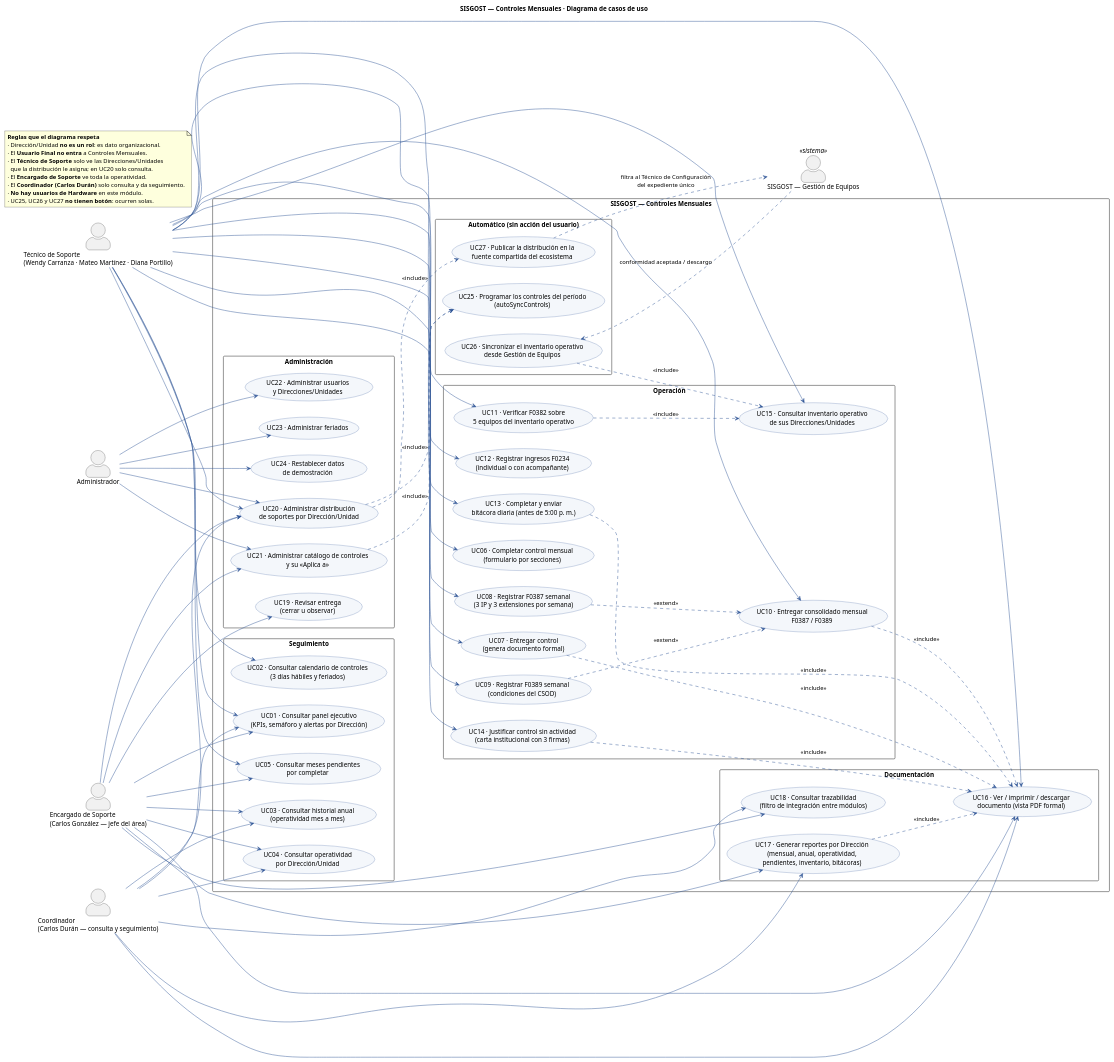
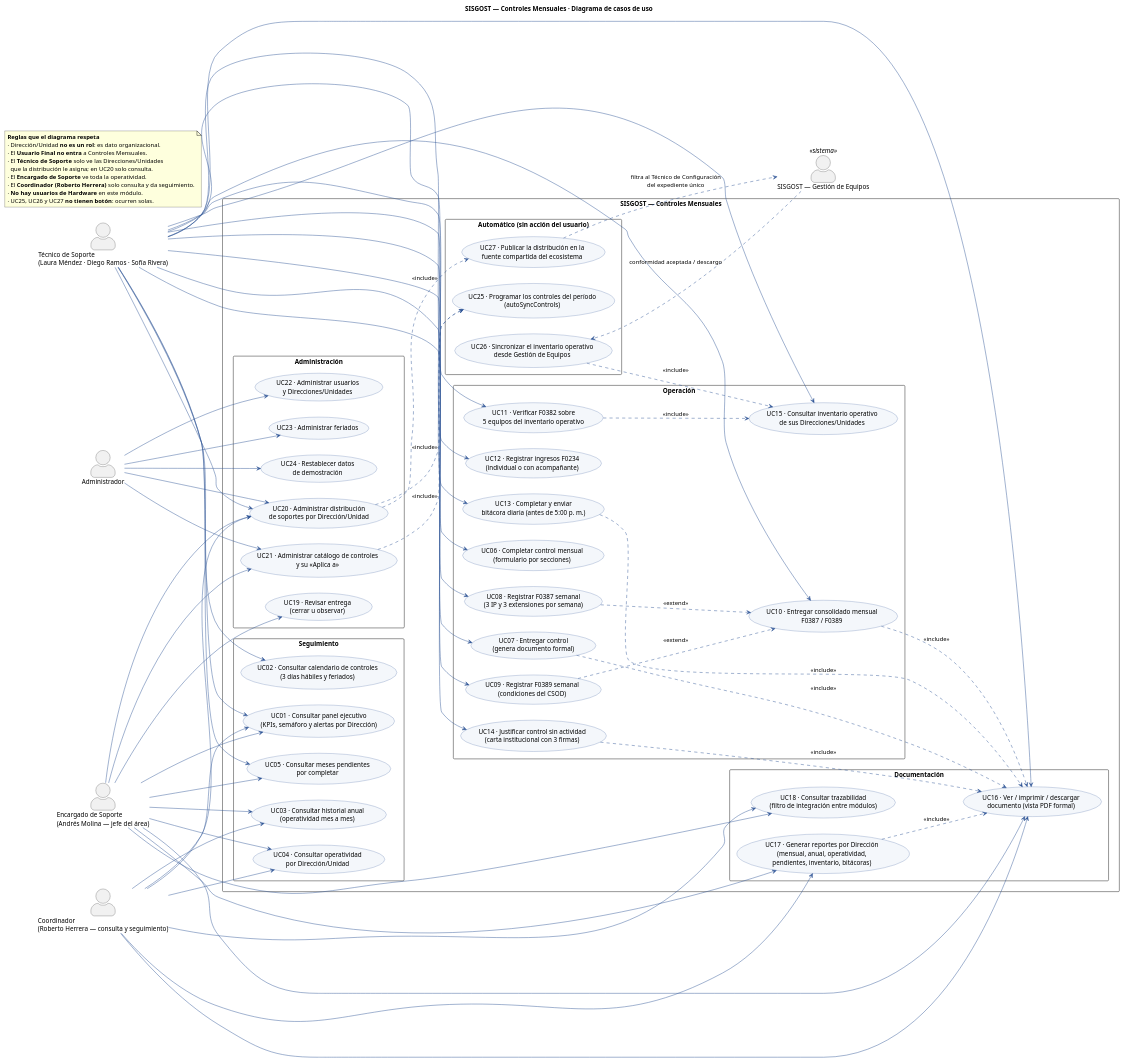
Before and after one commit to diego0399/sisgost-controles-mensuales: the diagram in docs/plantuml/casos-de-uso.puml, drawn with PlantUML. The commit also changed 46 other files, not shown here.

```diff
--- a/docs/plantuml/casos-de-uso.puml
+++ b/docs/plantuml/casos-de-uso.puml
@@ -1,134 +1,134 @@
 @startuml casos-de-uso
 title SISGOST — Controles Mensuales · Diagrama de casos de uso
 left to right direction
 skinparam actorStyle awesome
 skinparam shadowing false
 skinparam backgroundColor #FFFFFF
 skinparam usecase {
   BackgroundColor #F4F7FB
   BorderColor #2F5597
   ArrowColor #2F5597
 }
 skinparam packageStyle rectangle
 
 actor "Administrador" as ADM
-actor "Encargado de Soporte\n(Carlos González — jefe del área)" as ENC
-actor "Técnico de Soporte\n(Wendy Carranza · Mateo Martínez · Diana Portillo)" as TEC
-actor "Coordinador\n(Carlos Durán — consulta y seguimiento)" as COO
+actor "Encargado de Soporte\n(Andrés Molina — jefe del área)" as ENC
+actor "Técnico de Soporte\n(Laura Méndez · Diego Ramos · Sofía Rivera)" as TEC
+actor "Coordinador\n(Roberto Herrera — consulta y seguimiento)" as COO
 actor "SISGOST — Gestión de Equipos" as GE <<sistema>>
 
 rectangle "SISGOST — Controles Mensuales" {
 
   package "Seguimiento" {
     usecase "UC01 · Consultar panel ejecutivo\n(KPIs, semáforo y alertas por Dirección)" as UC01
     usecase "UC02 · Consultar calendario de controles\n(3 días hábiles y feriados)" as UC02
     usecase "UC03 · Consultar historial anual\n(operatividad mes a mes)" as UC03
     usecase "UC04 · Consultar operatividad\npor Dirección/Unidad" as UC04
     usecase "UC05 · Consultar meses pendientes\npor completar" as UC05
   }
 
   package "Operación" {
     usecase "UC06 · Completar control mensual\n(formulario por secciones)" as UC06
     usecase "UC07 · Entregar control\n(genera documento formal)" as UC07
     usecase "UC08 · Registrar F0387 semanal\n(3 IP y 3 extensiones por semana)" as UC08
     usecase "UC09 · Registrar F0389 semanal\n(condiciones del CSOD)" as UC09
     usecase "UC10 · Entregar consolidado mensual\nF0387 / F0389" as UC10
     usecase "UC11 · Verificar F0382 sobre\n5 equipos del inventario operativo" as UC11
     usecase "UC12 · Registrar ingresos F0234\n(individual o con acompañante)" as UC12
     usecase "UC13 · Completar y enviar\nbitácora diaria (antes de 5:00 p. m.)" as UC13
     usecase "UC14 · Justificar control sin actividad\n(carta institucional con 3 firmas)" as UC14
     usecase "UC15 · Consultar inventario operativo\nde sus Direcciones/Unidades" as UC15
   }
 
   package "Documentación" {
     usecase "UC16 · Ver / imprimir / descargar\ndocumento (vista PDF formal)" as UC16
     usecase "UC17 · Generar reportes por Dirección\n(mensual, anual, operatividad,\npendientes, inventario, bitácoras)" as UC17
     usecase "UC18 · Consultar trazabilidad\n(filtro de integración entre módulos)" as UC18
   }
 
   package "Administración" {
     usecase "UC19 · Revisar entrega\n(cerrar u observar)" as UC19
     usecase "UC20 · Administrar distribución\nde soportes por Dirección/Unidad" as UC20
     usecase "UC21 · Administrar catálogo de controles\ny su «Aplica a»" as UC21
     usecase "UC22 · Administrar usuarios\ny Direcciones/Unidades" as UC22
     usecase "UC23 · Administrar feriados" as UC23
     usecase "UC24 · Restablecer datos\nde demostración" as UC24
   }
 
   package "Automático (sin acción del usuario)" {
     usecase "UC25 · Programar los controles del período\n(autoSyncControls)" as UC25
     usecase "UC26 · Sincronizar el inventario operativo\ndesde Gestión de Equipos" as UC26
     usecase "UC27 · Publicar la distribución en la\nfuente compartida del ecosistema" as UC27
   }
 }
 
 TEC --> UC01
 TEC --> UC02
 TEC --> UC05
 TEC --> UC06
 TEC --> UC07
 TEC --> UC08
 TEC --> UC09
 TEC --> UC10
 TEC --> UC11
 TEC --> UC12
 TEC --> UC13
 TEC --> UC14
 TEC --> UC15
 TEC --> UC16
 TEC --> UC20
 
 ENC --> UC01
 ENC --> UC03
 ENC --> UC04
 ENC --> UC05
 ENC --> UC17
 ENC --> UC18
 ENC --> UC19
 ENC --> UC20
 ENC --> UC21
 ENC --> UC16
 
 COO --> UC01
 COO --> UC03
 COO --> UC04
 COO --> UC17
 COO --> UC18
 COO --> UC16
 COO --> UC20
 
 ADM --> UC20
 ADM --> UC21
 ADM --> UC22
 ADM --> UC23
 ADM --> UC24
 
 UC07 ..> UC16 : <<include>>
 UC10 ..> UC16 : <<include>>
 UC13 ..> UC16 : <<include>>
 UC14 ..> UC16 : <<include>>
 UC17 ..> UC16 : <<include>>
 UC08 ..> UC10 : <<extend>>
 UC09 ..> UC10 : <<extend>>
 UC11 ..> UC15 : <<include>>
 UC21 ..> UC25 : <<include>>
 UC20 ..> UC25 : <<include>>
 UC20 ..> UC27 : <<include>>
 UC26 ..> UC15 : <<include>>
 
 GE ..> UC26 : conformidad aceptada / descargo
 UC27 ..> GE : filtra al Técnico de Configuración\ndel expediente único
 
 note as N1
   **Reglas que el diagrama respeta**
   · Dirección/Unidad **no es un rol**: es dato organizacional.
   · El **Usuario Final no entra** a Controles Mensuales.
   · El **Técnico de Soporte** solo ve las Direcciones/Unidades
     que la distribución le asigna; en UC20 solo consulta.
   · El **Encargado de Soporte** ve toda la operatividad.
-  · El **Coordinador (Carlos Durán)** solo consulta y da seguimiento.
+  · El **Coordinador (Roberto Herrera)** solo consulta y da seguimiento.
   · **No hay usuarios de Hardware** en este módulo.
   · UC25, UC26 y UC27 **no tienen botón**: ocurren solas.
 end note
 
 @enduml
```
